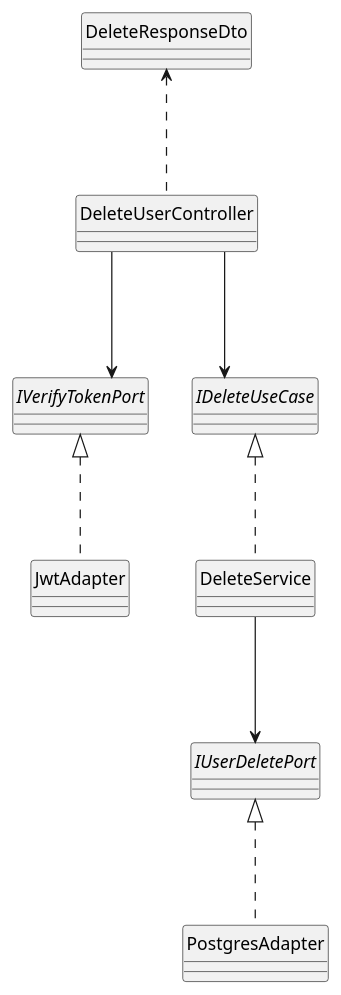
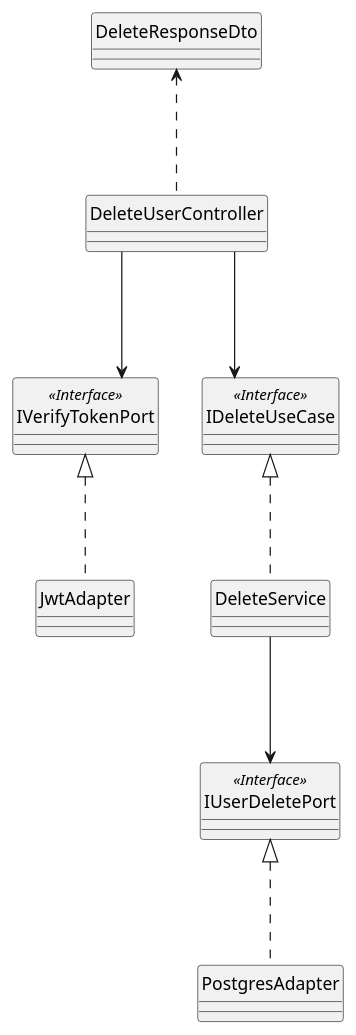
Before and after one commit to SkarabGroup/DocumentazioneProgetto: the diagram in assets/st_diagrams/code/plantuml/account/Flussi/delete.plantuml, drawn with PlantUML. The commit also changed 107 other files, not shown here.

Commit message:
Fixed all diagrams with interfaces

```diff
--- a/assets/st_diagrams/code/plantuml/account/Flussi/delete.plantuml
+++ b/assets/st_diagrams/code/plantuml/account/Flussi/delete.plantuml
@@ -1,37 +1,37 @@
 @startuml DeleteControllerReachableClasses
 skinparam componentStyle uml2.5
 skinparam linetype ortho
 skinparam nodesep 35
 skinparam ranksep 50
 skinparam ClassAttributeIconSize 0
 hide circles
 
 class DeleteUserController
 
 class DeleteResponseDto
 
-interface IDeleteUseCase
+class IDeleteUseCase <<Interface>> 
 
 class DeleteService
 
-interface IUserDeletePort
-interface IVerifyTokenPort
+class IUserDeletePort <<Interface>> 
+class IVerifyTokenPort <<Interface>> 
 
 class PostgresAdapter
 class JwtAdapter
 
 ' Presentation -> Application
 DeleteUserController --down-> IDeleteUseCase
 DeleteUserController --down-> IVerifyTokenPort
 DeleteUserController ..up.> DeleteResponseDto
 
 ' Use case implementation
 DeleteService ..up.|> IDeleteUseCase
 
 ' DeleteService dependencies
 DeleteService --down-> IUserDeletePort
 
 ' Infrastructure implementations
 PostgresAdapter ..up.|> IUserDeletePort
 JwtAdapter ..up.|> IVerifyTokenPort
 @enduml
```
